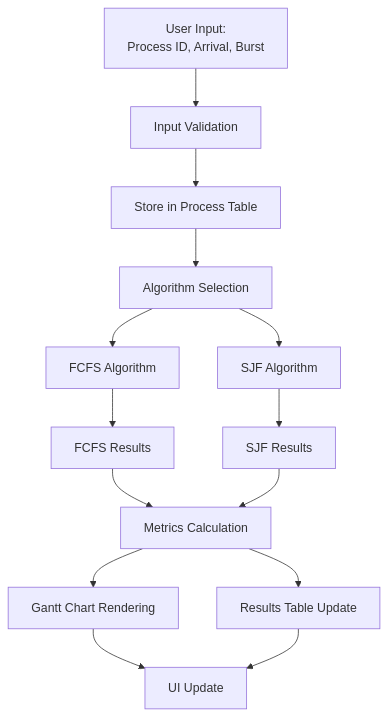
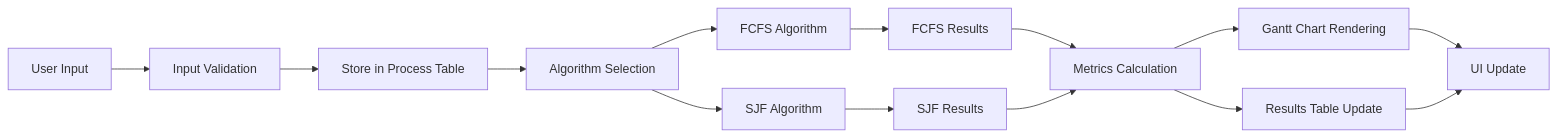
The fifth of 6 diagrams in README.md (rajat17-tech/OS-lab), drawn with Mermaid before and after one commit. The commit also changed other lines of this file, not shown here.

````diff
--- a/README.md
+++ b/README.md
@@ -226,21 +276,21 @@
 ```mermaid
-flowchart TD
-    UserInput[User Input:<br/>Process ID, Arrival, Burst] --> Validation[Input Validation]
+flowchart LR
+    UserInput[User Input] --> Validation[Input Validation]
     Validation --> DataStore[Store in Process Table]
     DataStore --> AlgorithmSelect[Algorithm Selection]
     
     AlgorithmSelect --> FCFS[FCFS Algorithm]
     AlgorithmSelect --> SJF[SJF Algorithm]
     
     FCFS --> FCFSResults[FCFS Results]
     SJF --> SJFResults[SJF Results]
     
     FCFSResults --> MetricsCalc[Metrics Calculation]
     SJFResults --> MetricsCalc
     
     MetricsCalc --> GanttRender[Gantt Chart Rendering]
     MetricsCalc --> TableUpdate[Results Table Update]
     
     GanttRender --> VisualUpdate[UI Update]
     TableUpdate --> VisualUpdate
 ```
````
